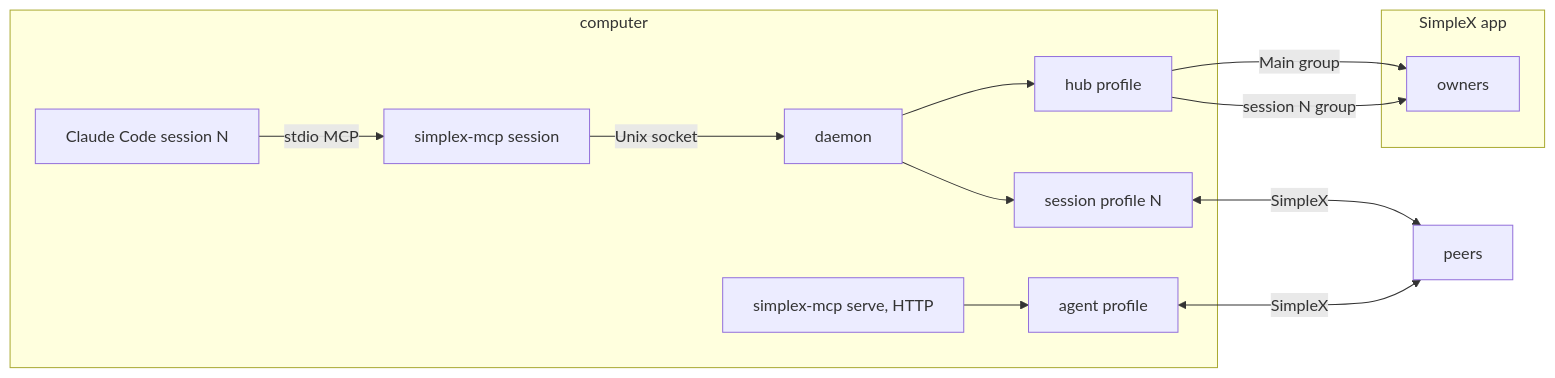
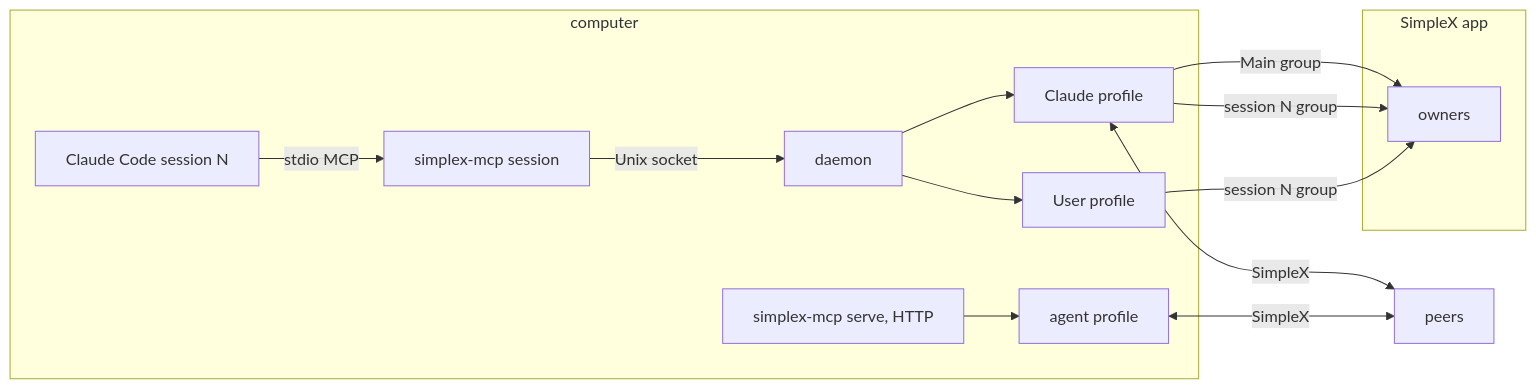
Before and after one commit to simplex-chat/simplex-chat: the first of 5 diagrams in plans/2026-11-07-mcp-claude-code-channel.md, drawn with Mermaid. The commit also changed other lines of this file, not shown here.

Commit message:
docs: MCP plan, one Claude profile, decisions D8-D10

````diff
--- a/plans/2026-11-07-mcp-claude-code-channel.md
+++ b/plans/2026-11-07-mcp-claude-code-channel.md
@@ -75,17 +86,18 @@
 ```mermaid
 flowchart LR
   subgraph App[SimpleX app]
     O[owners]
   end
   subgraph Host[computer]
     CC[Claude Code session N] -- stdio MCP --> S[simplex-mcp session]
     S -- Unix socket --> D[daemon]
-    D --> H[hub profile]
-    D --> A[session profile N]
+    D --> H[Claude profile]
+    D --> U[User profile]
     SV[simplex-mcp serve, HTTP] --> A0[agent profile]
   end
   H -- Main group --> O
   H -- session N group --> O
-  A <-- SimpleX --> P[peers]
+  U -- session N group --> O
+  H <-- SimpleX --> P[peers]
   A0 <-- SimpleX --> P
 ```
````
